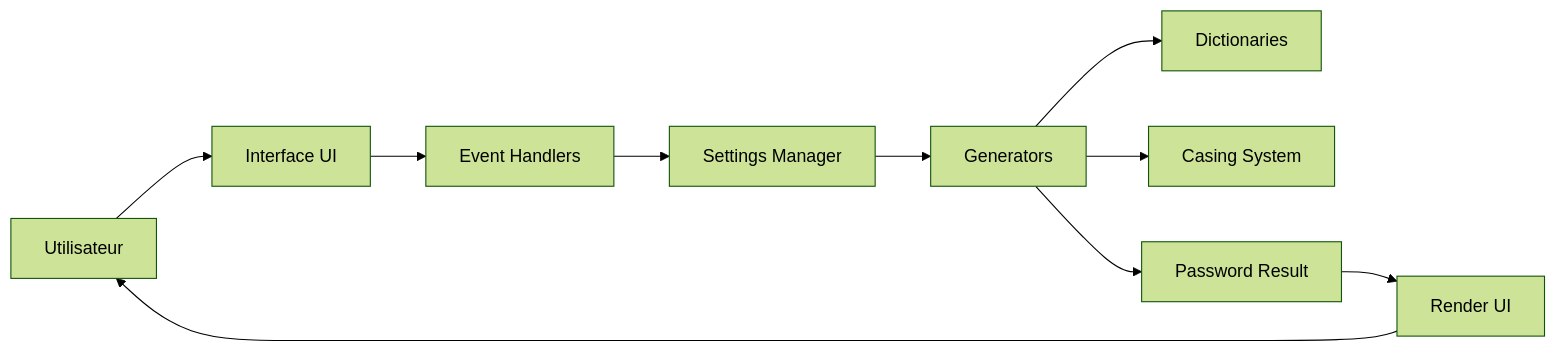
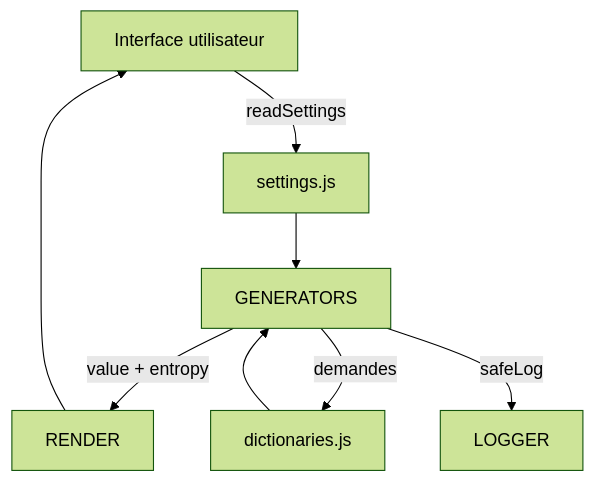
Before and after one commit to VBlackJack/genpwd-pro: the diagram in docs/TECHNICAL.md, drawn with Mermaid (forest theme). The commit also changed other lines of this file and 4 other files, not shown here.

````diff
--- a/docs/TECHNICAL.md
+++ b/docs/TECHNICAL.md
@@ -32,12 +32,10 @@
 ```mermaid
-graph LR
-    USER[Utilisateur] --> UI[Interface UI]
-    UI --> EVENTS[Event Handlers]
-    EVENTS --> SETTINGS[Settings Manager]
-    SETTINGS --> GENERATORS[Generators]
-    GENERATORS --> DICT[Dictionaries]
-    GENERATORS --> CASING[Casing System]
-    GENERATORS --> RESULT[Password Result]
-    RESULT --> RENDER[Render UI]
-    RENDER --> USER
+graph TD
+  UI[Interface utilisateur] -->|readSettings| SETTINGS
+  SETTINGS[settings.js] --> GENERATORS
+  GENERATORS -->|value + entropy| RENDER
+  GENERATORS -->|demandes| DICT
+  DICT[dictionaries.js] --> GENERATORS
+  GENERATORS -->|safeLog| LOGGER
+  RENDER --> UI
 ```
````
